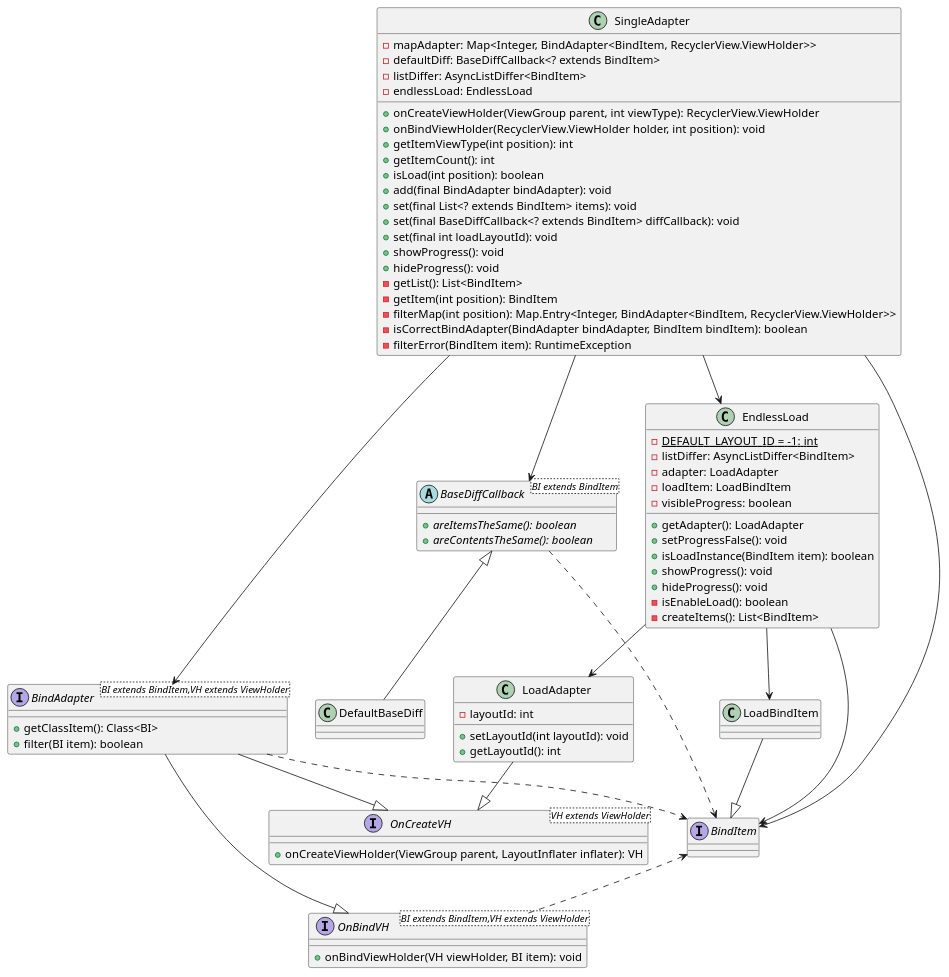
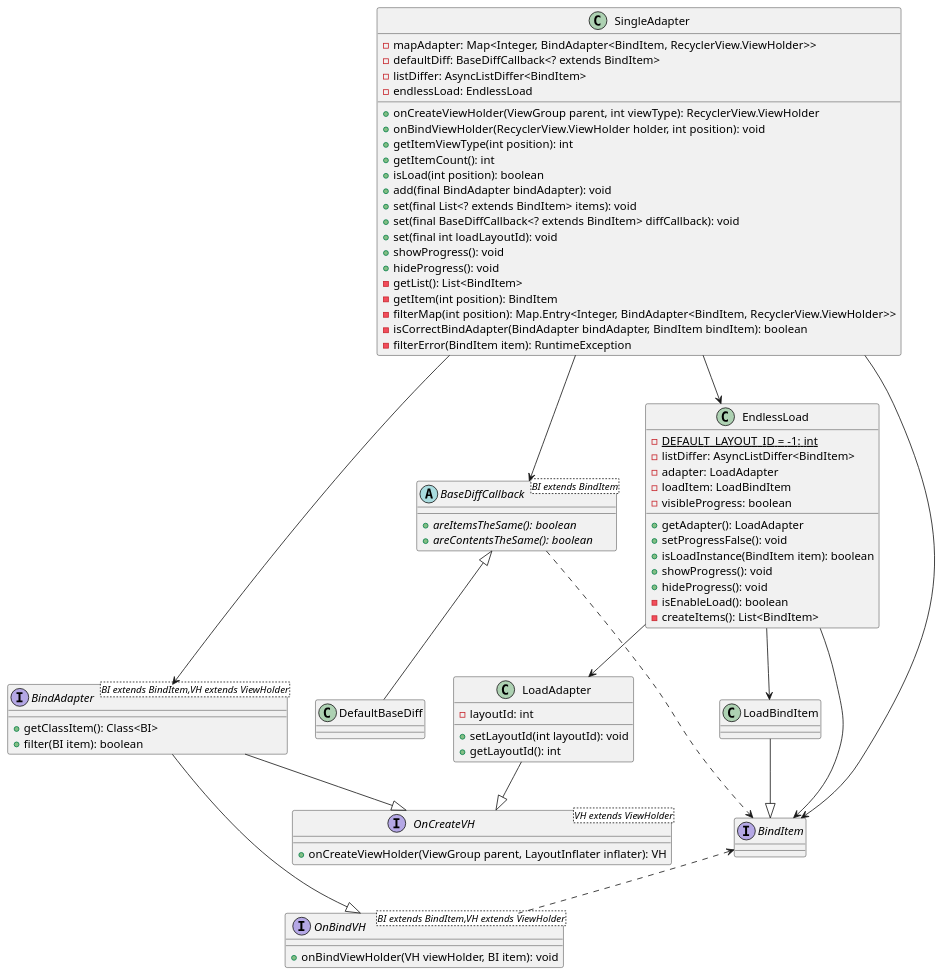
One commit to vanskarner/SingleAdapter changed the diagram in Adapters/app/src/main/java/com/vanskarner/adapters/singleadapter/Diagram.puml. Above: the diagram before and after it, drawn with PlantUML.

Commit message:
Adapters: designing the class diagram of the library

```diff
--- a/Adapters/app/src/main/java/com/vanskarner/adapters/singleadapter/Diagram.puml
+++ b/Adapters/app/src/main/java/com/vanskarner/adapters/singleadapter/Diagram.puml
@@ -1,80 +1,79 @@
 @startuml
 'https://plantuml.com/class-diagram
 class SingleAdapter{
     - mapAdapter: Map<Integer, BindAdapter<BindItem, RecyclerView.ViewHolder>>
     - defaultDiff: BaseDiffCallback<? extends BindItem>
     - listDiffer: AsyncListDiffer<BindItem>
     - endlessLoad: EndlessLoad
 
     + onCreateViewHolder(ViewGroup parent, int viewType): RecyclerView.ViewHolder
     + onBindViewHolder(RecyclerView.ViewHolder holder, int position): void
     + getItemViewType(int position): int
     + getItemCount(): int
     + isLoad(int position): boolean
     + add(final BindAdapter bindAdapter): void
     + set(final List<? extends BindItem> items): void
     + set(final BaseDiffCallback<? extends BindItem> diffCallback): void
     + set(final int loadLayoutId): void
     + showProgress(): void
     + hideProgress(): void
     - getList(): List<BindItem>
     - getItem(int position): BindItem
     - filterMap(int position): Map.Entry<Integer, BindAdapter<BindItem, RecyclerView.ViewHolder>>
     - isCorrectBindAdapter(BindAdapter bindAdapter, BindItem bindItem): boolean
     - filterError(BindItem item): RuntimeException
 }
 class EndlessLoad{
     - {static} DEFAULT_LAYOUT_ID = -1: int
     - listDiffer: AsyncListDiffer<BindItem>
     - adapter: LoadAdapter
     - loadItem: LoadBindItem
     - visibleProgress: boolean
 
     + getAdapter(): LoadAdapter
     + setProgressFalse(): void
     + isLoadInstance(BindItem item): boolean
     + showProgress(): void
     + hideProgress(): void
     - isEnableLoad(): boolean
     - createItems(): List<BindItem>
 }
 class LoadAdapter{
     - layoutId: int
     + setLayoutId(int layoutId): void
     + getLayoutId(): int
 }
 class LoadBindItem
 abstract class BaseDiffCallback<BI extends BindItem>{
     + {abstract} areItemsTheSame(): boolean
     + {abstract} areContentsTheSame(): boolean
 }
 class DefaultBaseDiff
 interface BindItem
 interface OnCreateVH<VH extends ViewHolder>{
     + onCreateViewHolder(ViewGroup parent, LayoutInflater inflater): VH
 }
 interface OnBindVH<BI extends BindItem,VH extends ViewHolder>{
     + onBindViewHolder(VH viewHolder, BI item): void
 }
 interface BindAdapter<BI extends BindItem,VH extends ViewHolder>{
     + getClassItem(): Class<BI>
     + filter(BI item): boolean
 }
 
 SingleAdapter --> BindAdapter
 SingleAdapter --> BindItem
 SingleAdapter --> BaseDiffCallback
 SingleAdapter --> EndlessLoad
 BindItem <.. OnBindVH
-BindAdapter ..> BindItem/''/
 BindAdapter --|> OnCreateVH
 BindAdapter --|> OnBindVH
-BaseDiffCallback ..> BindItem/''/
+BaseDiffCallback ..> BindItem
 BaseDiffCallback <|-- DefaultBaseDiff
 EndlessLoad --> BindItem
 EndlessLoad --> LoadAdapter
 EndlessLoad --> LoadBindItem
 LoadAdapter --|> OnCreateVH
 LoadBindItem --|> BindItem
 
 @enduml
```
